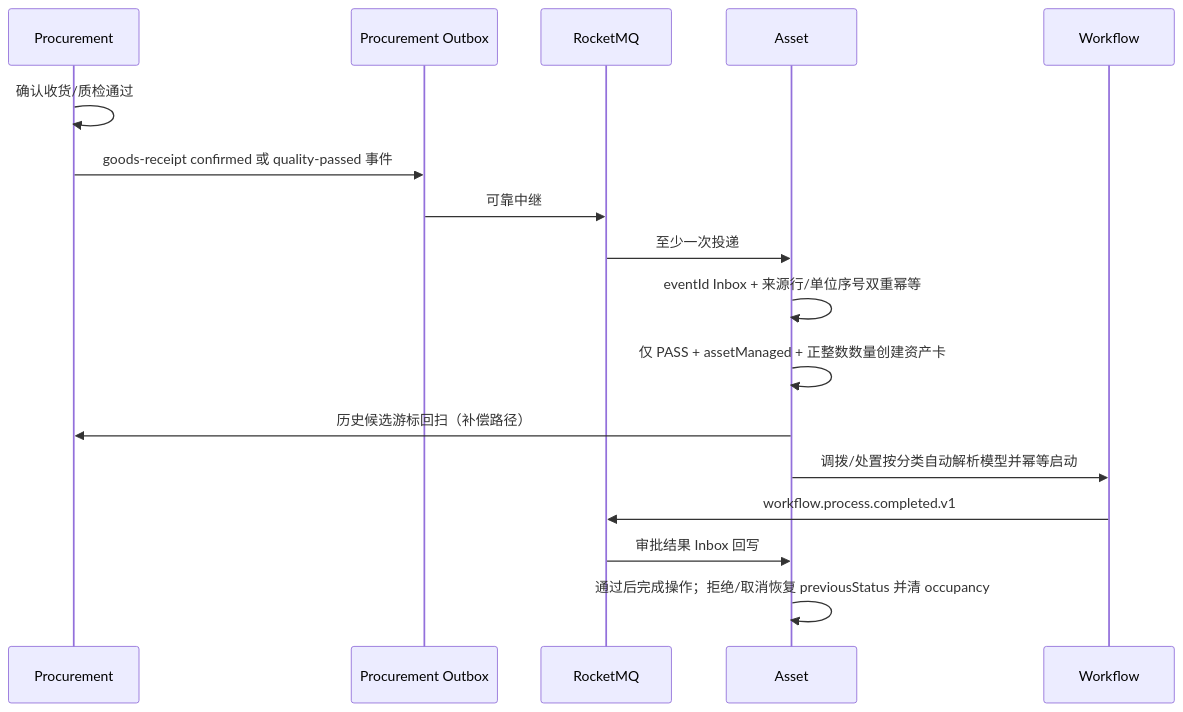
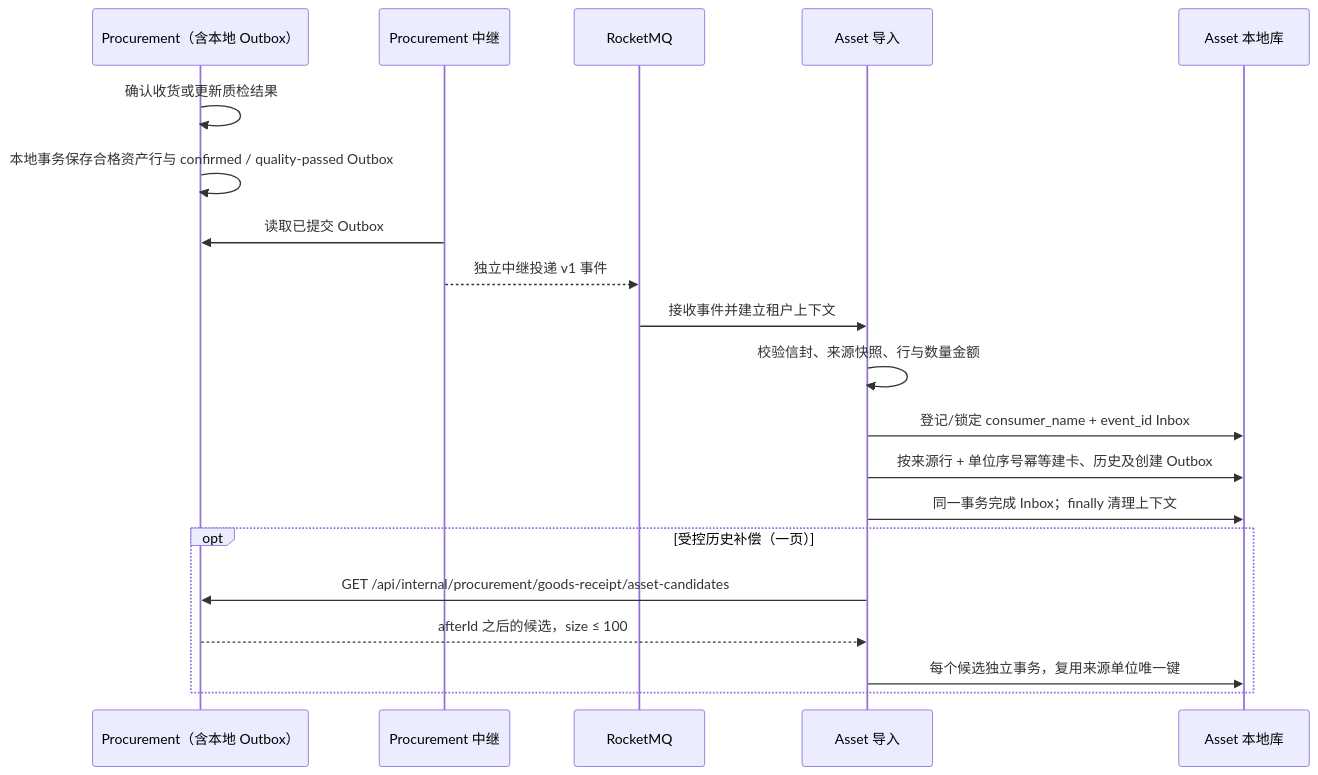
Diagram 19 of 21 in docs/core-flows.md (wang-baohai/Omni-Stack), drawn with Mermaid before and after one commit. The commit also changed other lines of this file and 1095 other files, not shown here.

````diff
--- a/docs/core-flows.md
+++ b/docs/core-flows.md
@@ -1804,20 +1460,22 @@
 ```mermaid
 sequenceDiagram
-    participant P as Procurement
-    participant O as Procurement Outbox
+    participant P as Procurement（含本地 Outbox）
+    participant R as Procurement 中继
     participant M as RocketMQ
-    participant A as Asset
-    participant W as Workflow
-
-    P->>P: 确认收货/质检通过
-    P->>O: goods-receipt confirmed 或 quality-passed 事件
-    O->>M: 可靠中继
-    M->>A: 至少一次投递
-    A->>A: eventId Inbox + 来源行/单位序号双重幂等
-    A->>A: 仅 PASS + assetManaged + 正整数数量创建资产卡
-    A->>P: 历史候选游标回扫（补偿路径）
-    A->>W: 调拨/处置按分类自动解析模型并幂等启动
-    W->>M: workflow.process.completed.v1
-    M->>A: 审批结果 Inbox 回写
-    A->>A: 通过后完成操作；拒绝/取消恢复 previousStatus 并清 occupancy
+    participant A as Asset 导入
+    participant D as Asset 本地库
+    P->>P: 确认收货或更新质检结果
+    P->>P: 本地事务保存合格资产行与 confirmed / quality-passed Outbox
+    R->>P: 读取已提交 Outbox
+    R-->>M: 独立中继投递 v1 事件
+    M->>A: 接收事件并建立租户上下文
+    A->>A: 校验信封、来源快照、行与数量金额
+    A->>D: 登记/锁定 consumer_name + event_id Inbox
+    A->>D: 按来源行 + 单位序号幂等建卡、历史及创建 Outbox
+    A->>D: 同一事务完成 Inbox；finally 清理上下文
+    opt 受控历史补偿（一页）
+        A->>P: GET /api/internal/procurement/goods-receipt/asset-candidates
+        P-->>A: afterId 之后的候选，size ≤ 100
+        A->>D: 每个候选独立事务，复用来源单位唯一键
+    end
 ```
````
